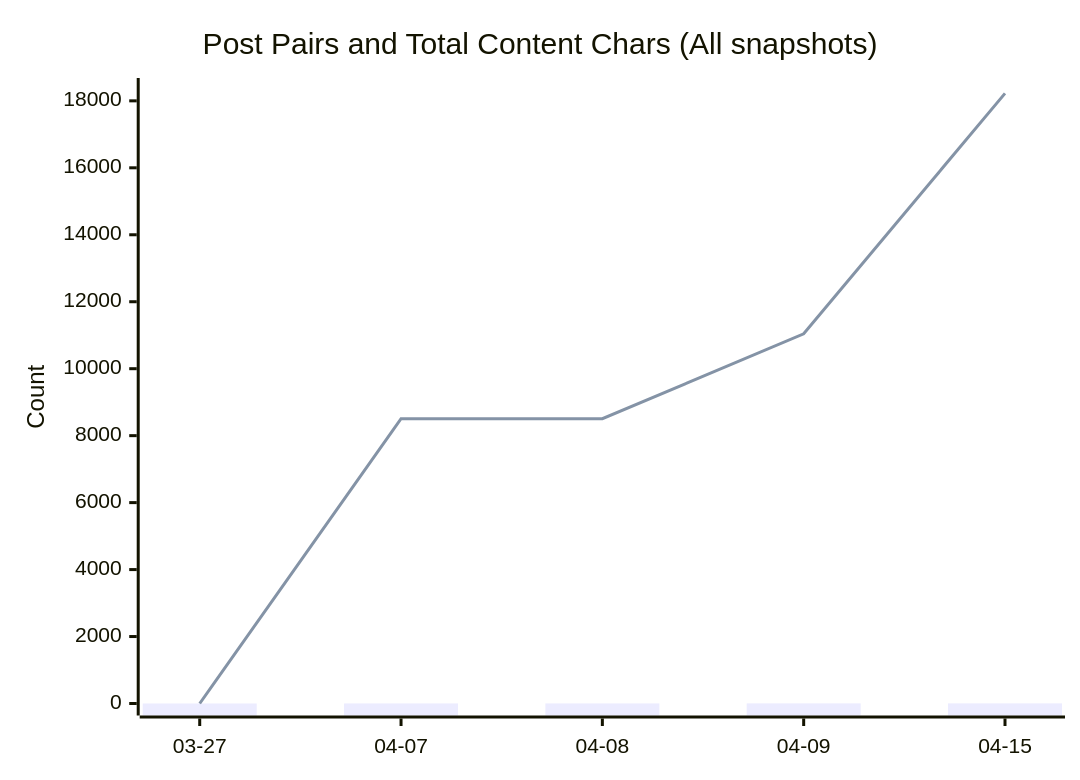
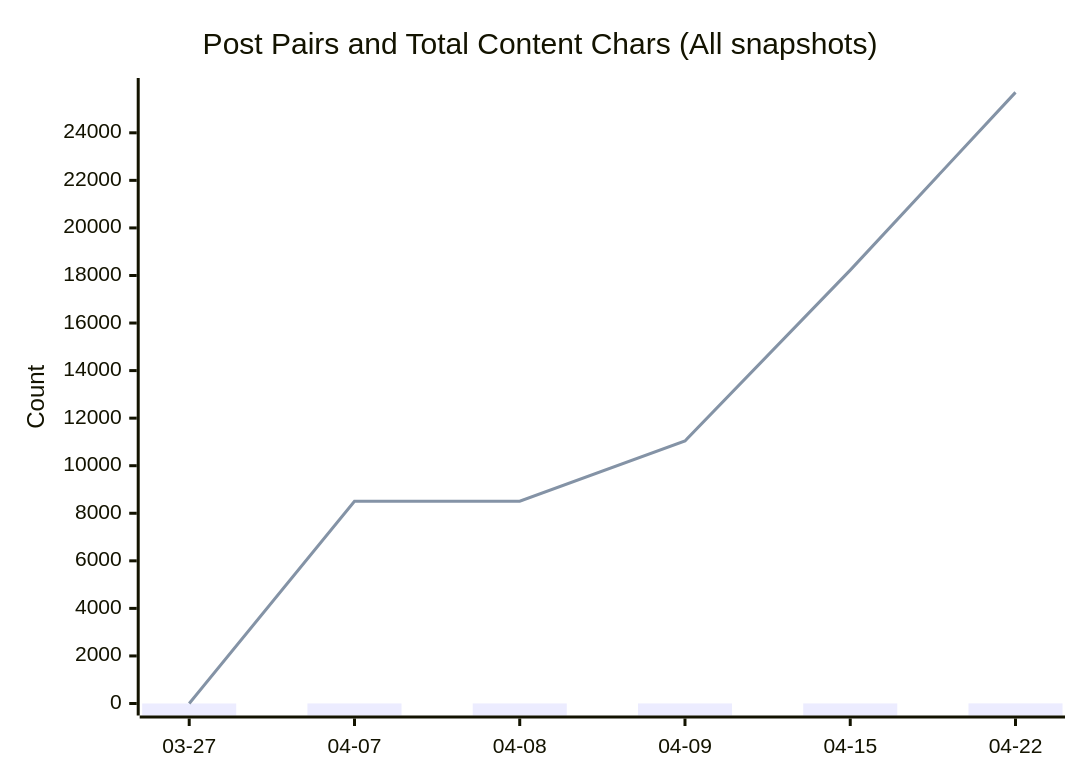
The diagram in README.md (ttw225/blog), drawn with Mermaid before and after one commit. The commit also changed other lines of this file and 5 other files, not shown here.

````diff
--- a/README.md
+++ b/README.md
@@ -25,8 +25,8 @@
 ```mermaid
 xychart-beta
   title "Post Pairs and Total Content Chars (All snapshots)"
-  x-axis ["03-27", "04-07", "04-08", "04-09", "04-15"]
-  y-axis "Count" 0 --> 18324
-  bar [0, 2, 2, 3, 4]
-  line [0, 8506, 8506, 11042, 18224]
+  x-axis ["03-27", "04-07", "04-08", "04-09", "04-15", "04-22"]
+  y-axis "Count" 0 --> 25800
+  bar [0, 2, 2, 3, 4, 5]
+  line [0, 8506, 8506, 11042, 18224, 25700]
 ```
````
